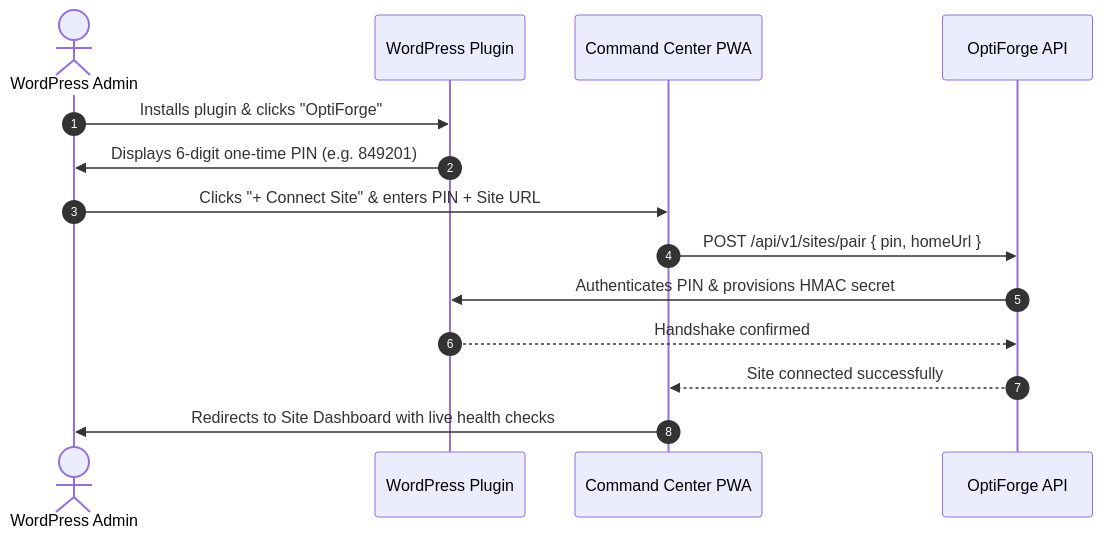
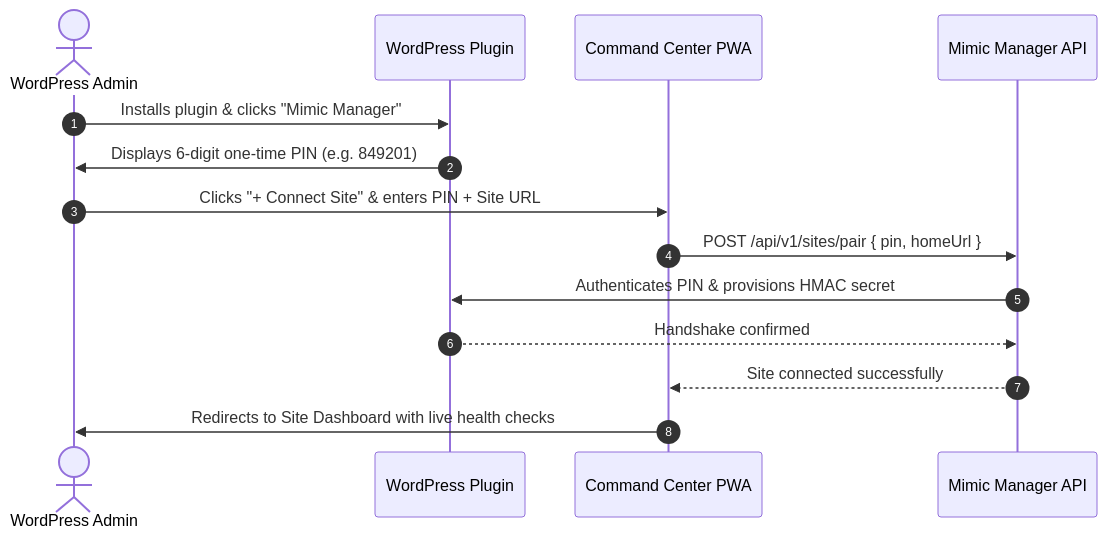
Before and after one commit to GeniousSonu/Mimic-Manager: the diagram in docs/design/UX_SPEC.md, drawn with Mermaid. The commit also changed other lines of this file and 139 other files, not shown here.

````diff
--- a/docs/design/UX_SPEC.md
+++ b/docs/design/UX_SPEC.md
@@ -18,17 +18,17 @@
 ```mermaid
 sequenceDiagram
     autonumber
     actor Admin as WordPress Admin
     participant WP as WordPress Plugin
     participant PWA as Command Center PWA
-    participant API as OptiForge API
+    participant API as Mimic Manager API
 
-    Admin->>WP: Installs plugin & clicks "OptiForge"
+    Admin->>WP: Installs plugin & clicks "Mimic Manager"
     WP->>Admin: Displays 6-digit one-time PIN (e.g. 849201)
     Admin->>PWA: Clicks "+ Connect Site" & enters PIN + Site URL
     PWA->>API: POST /api/v1/sites/pair { pin, homeUrl }
     API->>WP: Authenticates PIN & provisions HMAC secret
     WP-->>API: Handshake confirmed
     API-->>PWA: Site connected successfully
     PWA->>Admin: Redirects to Site Dashboard with live health checks
 ```
````
